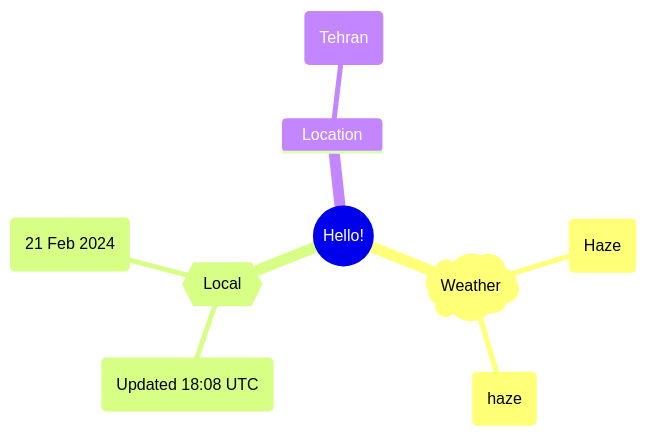
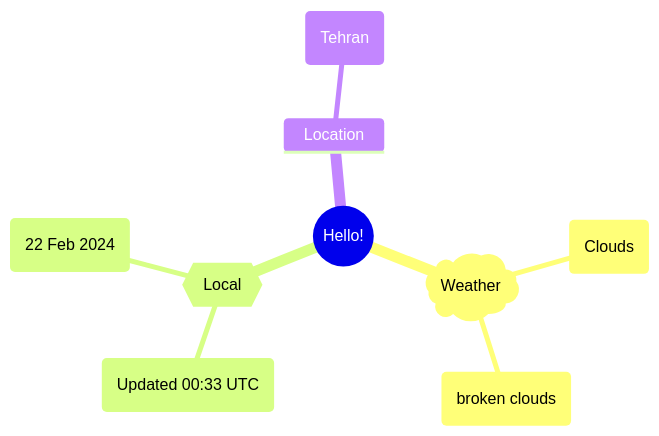
Before and after one commit to Xosrov/Xosrov: the first of 2 diagrams in README.md, drawn with Mermaid.

Commit message:
[bot] updated images

````diff
--- a/README.md
+++ b/README.md
@@ -3,12 +3,12 @@
 ```mermaid
 mindmap
   root((Hello!))
     )Weather(
-        (Haze)
-        (haze)
+        (Clouds)
+        (broken clouds)
     {{Local}}
-        (Updated 18:08 UTC)
-        (21 Feb 2024)
+        (Updated 00:33 UTC)
+        (22 Feb 2024)
     Location
         (Tehran)
 ```
````
